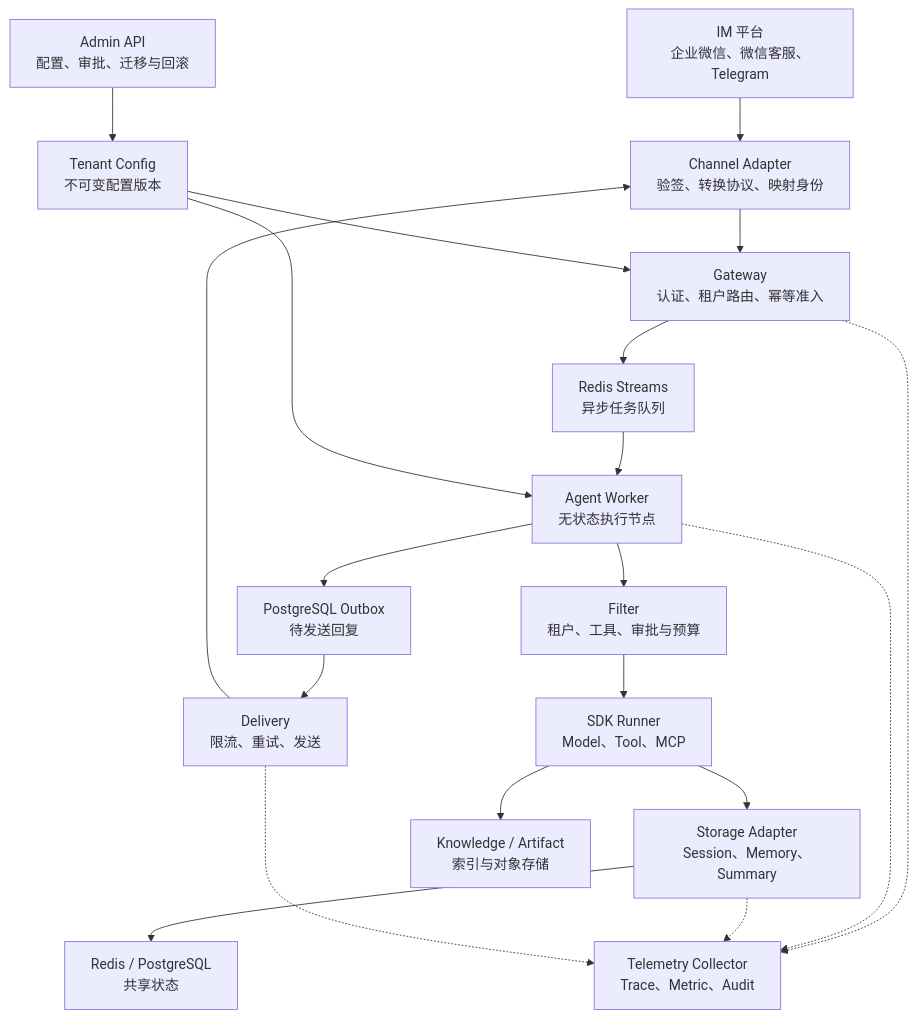
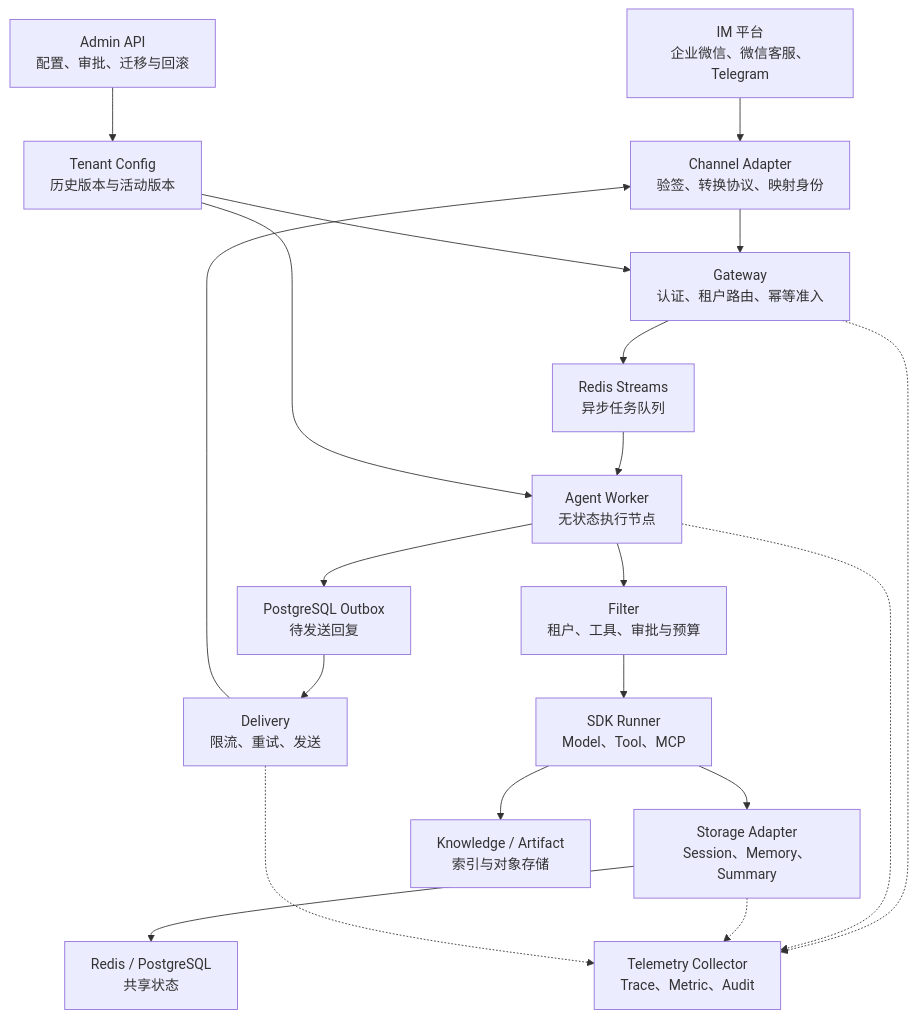
The first of 2 diagrams in 架构设计文档.md (raychen911/trpc-agent-service), drawn with Mermaid before and after one commit. The commit also changed other lines of this file and 11 other files, not shown here.

````diff
--- a/架构设计文档.md
+++ b/架构设计文档.md
@@ -17,29 +17,29 @@
 ```mermaid
 flowchart TB
     IM["IM 平台<br/>企业微信、微信客服、Telegram"]
     CA["Channel Adapter<br/>验签、转换协议、映射身份"]
     G["Gateway<br/>认证、租户路由、幂等准入"]
     Q["Redis Streams<br/>异步任务队列"]
     W["Agent Worker<br/>无状态执行节点"]
     F["Filter<br/>租户、工具、审批与预算"]
     R["SDK Runner<br/>Model、Tool、MCP"]
     S["Storage Adapter<br/>Session、Memory、Summary"]
     DB["Redis / PostgreSQL<br/>共享状态"]
     K["Knowledge / Artifact<br/>索引与对象存储"]
     O["PostgreSQL Outbox<br/>待发送回复"]
     D["Delivery<br/>限流、重试、发送"]
     A["Admin API<br/>配置、审批、迁移与回滚"]
-    CFG["Tenant Config<br/>不可变配置版本"]
+    CFG["Tenant Config<br/>历史版本与活动版本"]
     T["Telemetry Collector<br/>Trace、Metric、Audit"]
 
     IM --> CA --> G --> Q --> W --> F --> R
     A --> CFG --> G
     CFG --> W
     R --> S --> DB
     R --> K
     W --> O --> D --> CA
     G -.-> T
     W -.-> T
     S -.-> T
     D -.-> T
 ```
````
